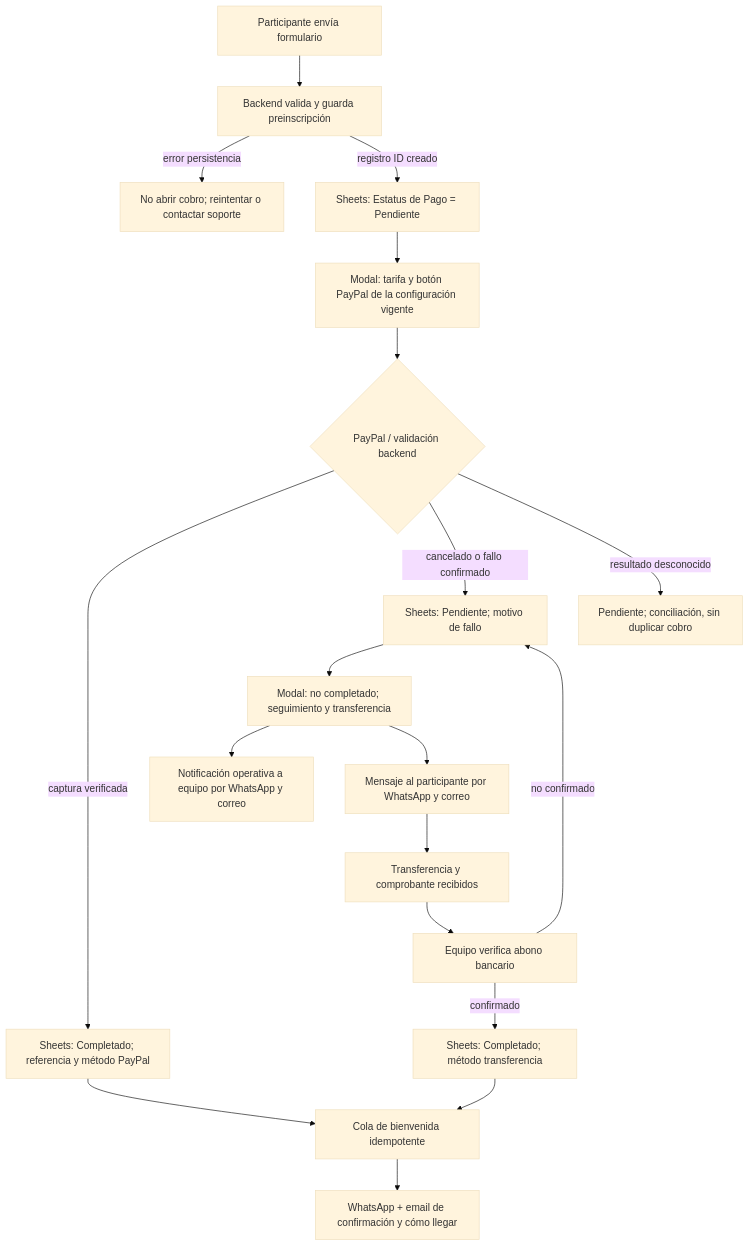
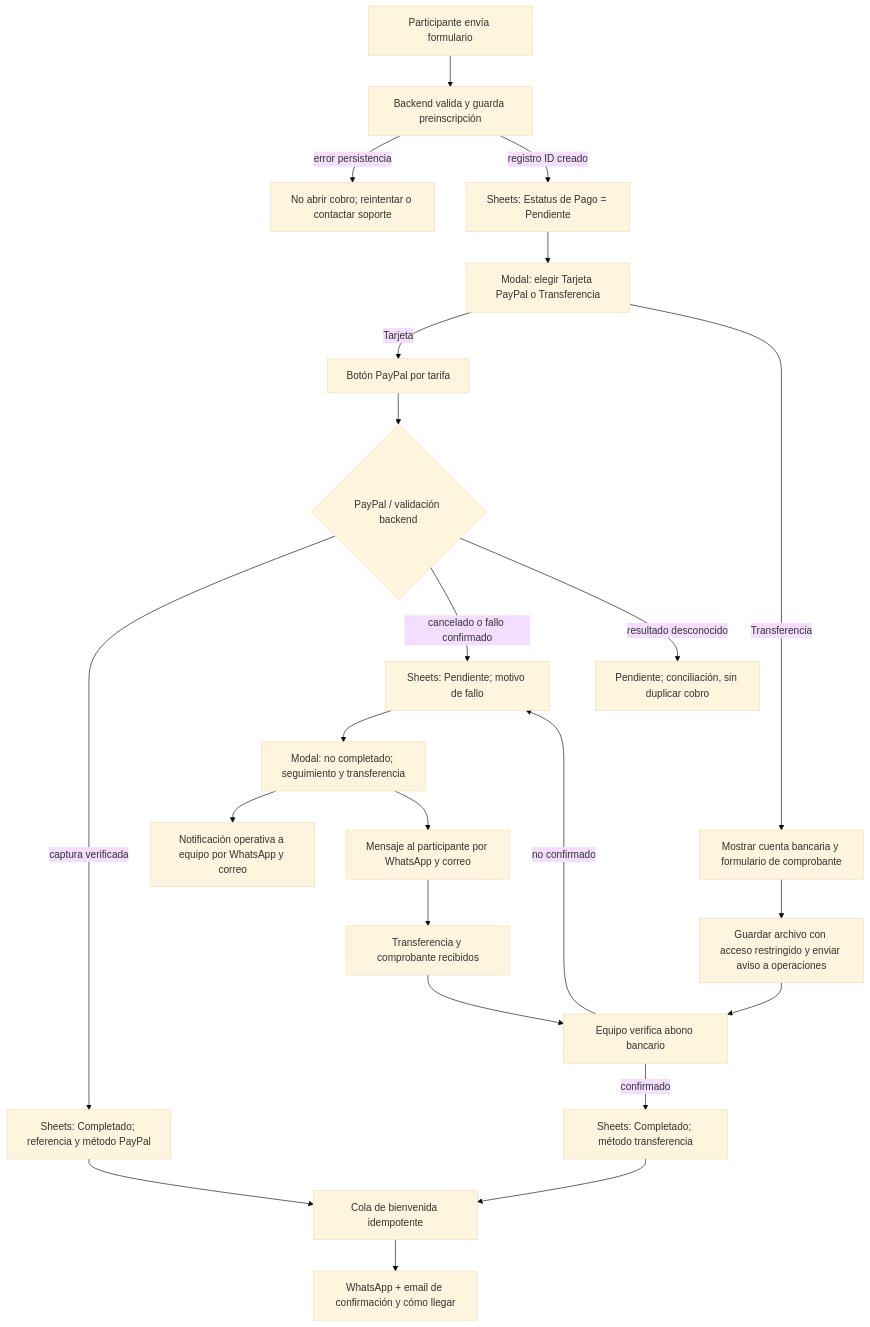
Before and after one commit to ahvega/sc-mb: the diagram in docs/specs/2026-10-16-storycrafters-paypal-modal-spec.md, drawn with Mermaid (base theme). The commit also changed other lines of this file, not shown here.

````diff
--- a/docs/specs/2026-10-16-storycrafters-paypal-modal-spec.md
+++ b/docs/specs/2026-10-16-storycrafters-paypal-modal-spec.md
@@ -33,21 +33,25 @@
 ```mermaid
 flowchart TD
   A[Participante envía formulario] --> B[Backend valida y guarda preinscripción]
   B -->|error persistencia| X[No abrir cobro; reintentar o contactar soporte]
   B -->|registro ID creado| C[Sheets: Estatus de Pago = Pendiente]
-  C --> D[Modal: tarifa y botón PayPal de la configuración vigente]
-  D --> E{PayPal / validación backend}
+  C --> D[Modal: elegir Tarjeta PayPal o Transferencia]
+  D -->|Tarjeta| DP[Botón PayPal por tarifa]
+  DP --> E{PayPal / validación backend}
+  D -->|Transferencia| TB[Mostrar cuenta bancaria y formulario de comprobante]
+  TB --> TC[Guardar archivo con acceso restringido y enviar aviso a operaciones]
+  TC --> M
   E -->|captura verificada| F[Sheets: Completado; referencia y método PayPal]
   E -->|cancelado o fallo confirmado| G[Sheets: Pendiente; motivo de fallo]
   E -->|resultado desconocido| H[Pendiente; conciliación, sin duplicar cobro]
   G --> I[Modal: no completado; seguimiento y transferencia]
   I --> J[Notificación operativa a equipo por WhatsApp y correo]
   I --> K[Mensaje al participante por WhatsApp y correo]
   K --> L[Transferencia y comprobante recibidos]
   L --> M[Equipo verifica abono bancario]
   M -->|confirmado| N[Sheets: Completado; método transferencia]
   M -->|no confirmado| G
   F --> O[Cola de bienvenida idempotente]
   N --> O
   O --> P[WhatsApp + email de confirmación y cómo llegar]
 ```
````
